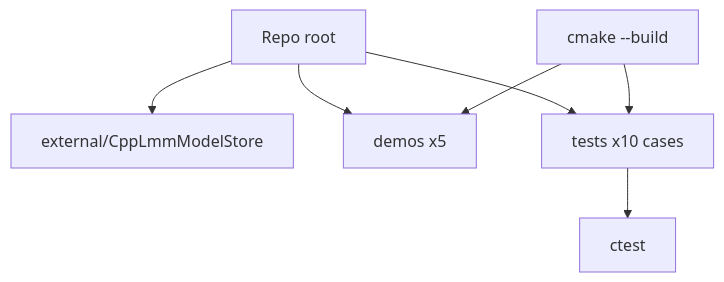
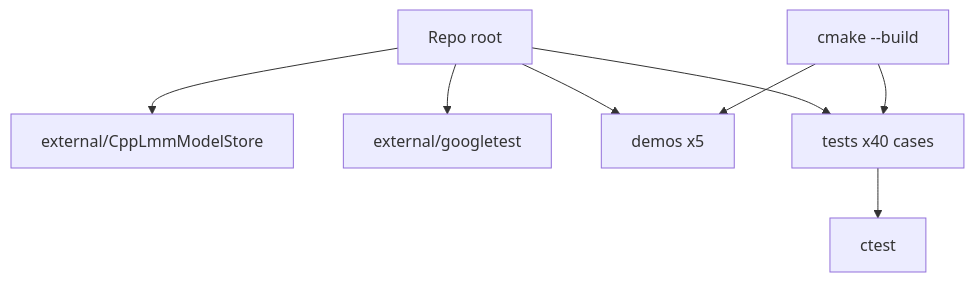
Before and after one commit to cschladetsch/CppToRustAI: the third of 3 diagrams in Article.md, drawn with Mermaid. The commit also changed other lines of this file and 3 other files, not shown here.

````diff
--- a/Article.md
+++ b/Article.md
@@ -206,9 +208,10 @@
 ```mermaid
 flowchart TD
   A[Repo root] --> B[external/CppLmmModelStore]
+  A --> B2[external/googletest]
   A --> C[demos x5]
-  A --> D[tests x10 cases]
+  A --> D[tests x40 cases]
   E[cmake --build] --> C
   E --> D
   D --> F[ctest]
 ```
````
